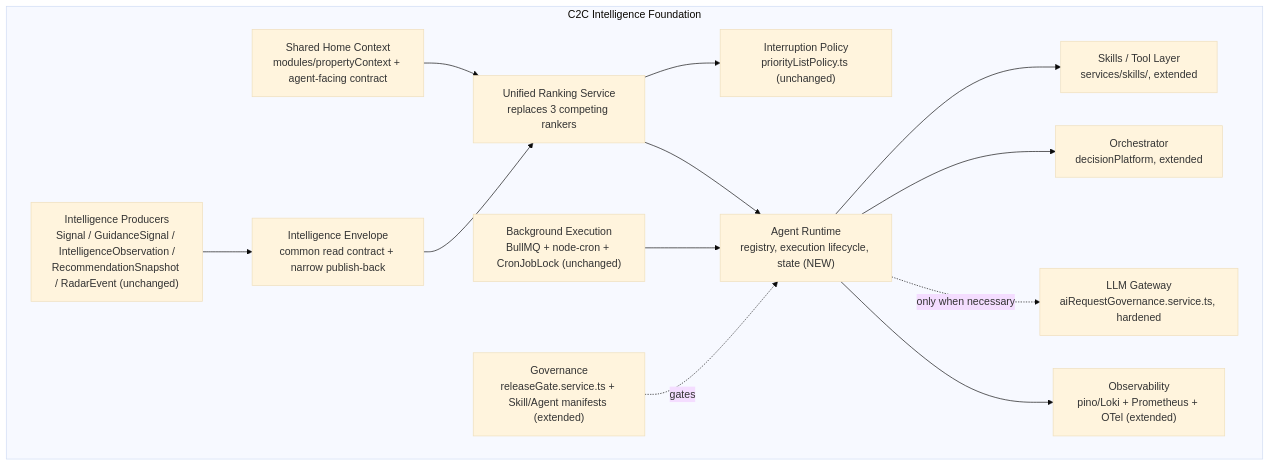
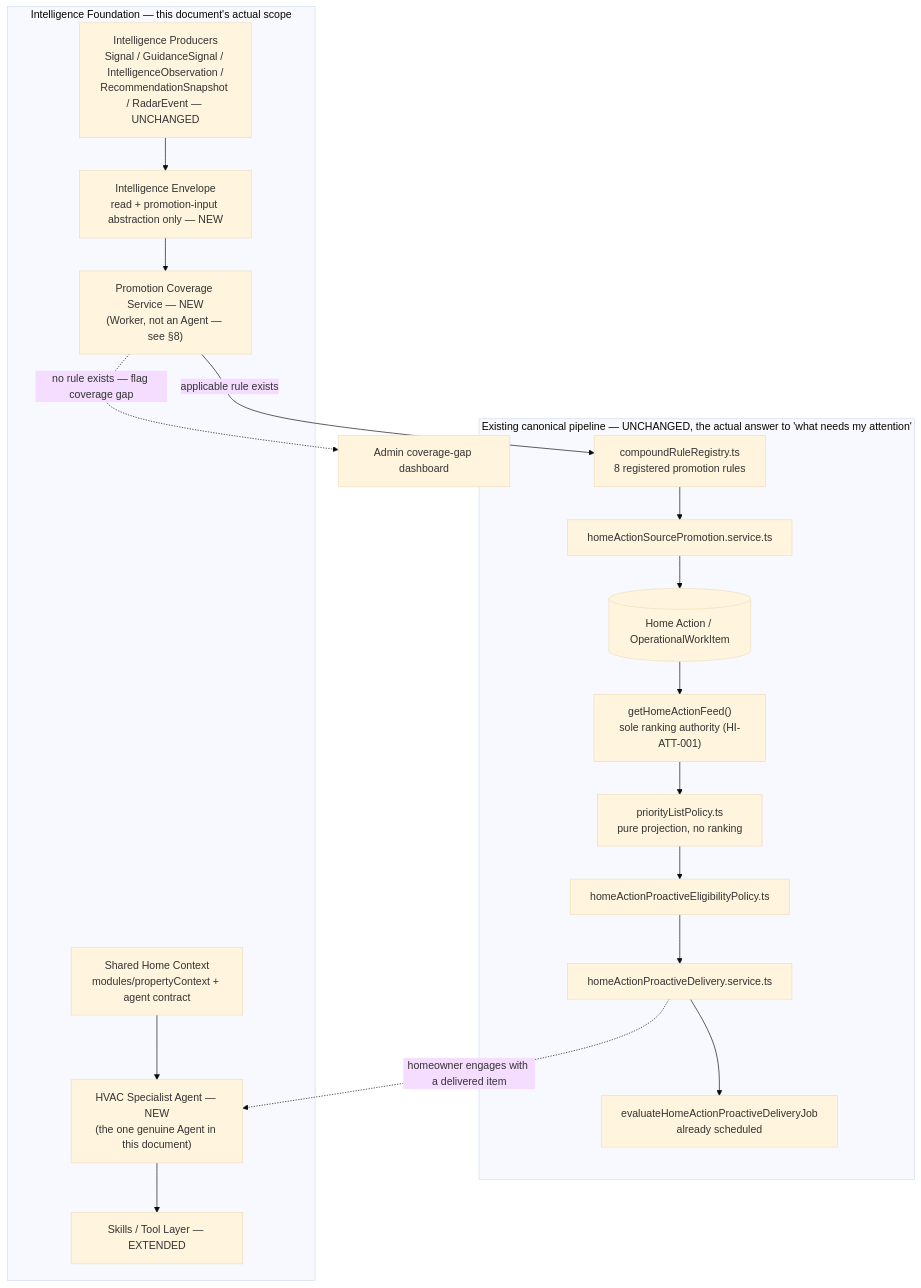
The first of 9 diagrams in docs/architecture/C2C_INTELLIGENCE_AGENTIC_EVOLUTION_ARCHITECTURE.md (madhuboyin/contract-to-cozy1), drawn with Mermaid (base theme) before and after one commit. The commit also changed other lines of this file, not shown here.

````diff
--- a/docs/architecture/C2C_INTELLIGENCE_AGENTIC_EVOLUTION_ARCHITECTURE.md
+++ b/docs/architecture/C2C_INTELLIGENCE_AGENTIC_EVOLUTION_ARCHITECTURE.md
@@ -114,27 +115,30 @@
 ```mermaid
 graph TB
-  subgraph FOUNDATION["C2C Intelligence Foundation"]
-    CTX["Shared Home Context<br/>modules/propertyContext + agent-facing contract"]
-    PROD["Intelligence Producers<br/>Signal / GuidanceSignal / IntelligenceObservation /<br/>RecommendationSnapshot / RadarEvent (unchanged)"]
-    ENV["Intelligence Envelope<br/>common read contract + narrow publish-back"]
-    RANK["Unified Ranking Service<br/>replaces 3 competing rankers"]
-    SKILLS["Skills / Tool Layer<br/>services/skills/, extended"]
-    RUNTIME["Agent Runtime<br/>registry, execution lifecycle, state (NEW)"]
-    ORCH["Orchestrator<br/>decisionPlatform, extended"]
-    BG["Background Execution<br/>BullMQ + node-cron + CronJobLock (unchanged)"]
-    POL["Interruption Policy<br/>priorityListPolicy.ts (unchanged)"]
-    GATE["LLM Gateway<br/>aiRequestGovernance.service.ts, hardened"]
-    OBS["Observability<br/>pino/Loki + Prometheus + OTel (extended)"]
-    GOV["Governance<br/>releaseGate.service.ts + Skill/Agent manifests (extended)"]
+  subgraph EXISTING["Existing canonical pipeline — UNCHANGED, the actual answer to 'what needs my attention'"]
+    RULES["compoundRuleRegistry.ts\n8 registered promotion rules"]
+    PROMO["homeActionSourcePromotion.service.ts"]
+    HA[("Home Action / OperationalWorkItem")]
+    FEED["getHomeActionFeed()\nsole ranking authority (HI-ATT-001)"]
+    PLP["priorityListPolicy.ts\npure projection, no ranking"]
+    ELIG["homeActionProactiveEligibilityPolicy.ts"]
+    DELIV["homeActionProactiveDelivery.service.ts"]
+    CRON["evaluateHomeActionProactiveDeliveryJob\nalready scheduled"]
   end
 
-  CTX --> RANK
-  PROD --> ENV --> RANK --> POL
-  RANK --> RUNTIME
-  RUNTIME --> SKILLS
-  RUNTIME --> ORCH
-  RUNTIME -.only when necessary.-> GATE
-  BG --> RUNTIME
-  RUNTIME --> OBS
-  GOV -.gates.-> RUNTIME
+  subgraph FOUNDATION["Intelligence Foundation — this document's actual scope"]
+    CTX["Shared Home Context\nmodules/propertyContext + agent contract"]
+    PROD["Intelligence Producers\nSignal / GuidanceSignal / IntelligenceObservation /\nRecommendationSnapshot / RadarEvent — UNCHANGED"]
+    ENV["Intelligence Envelope\nread + promotion-input abstraction only — NEW"]
+    COVSVC["Promotion Coverage Service — NEW\n(Worker, not an Agent — see §8)"]
+    SKILLS["Skills / Tool Layer — EXTENDED"]
+    SPEC["HVAC Specialist Agent — NEW\n(the one genuine Agent in this document)"]
+  end
+
+  PROD --> ENV --> COVSVC
+  COVSVC -->|"applicable rule exists"| RULES
+  COVSVC -.->|"no rule exists — flag coverage gap"| ADMIN["Admin coverage-gap dashboard"]
+  RULES --> PROMO --> HA --> FEED --> PLP --> ELIG --> DELIV --> CRON
+  CTX --> SPEC
+  DELIV -.homeowner engages with a delivered item.-> SPEC
+  SPEC --> SKILLS
 ```
````
